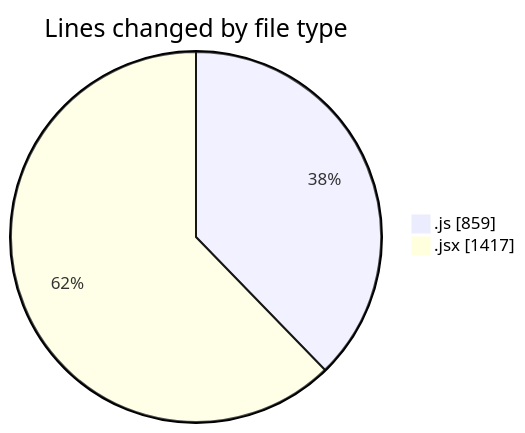
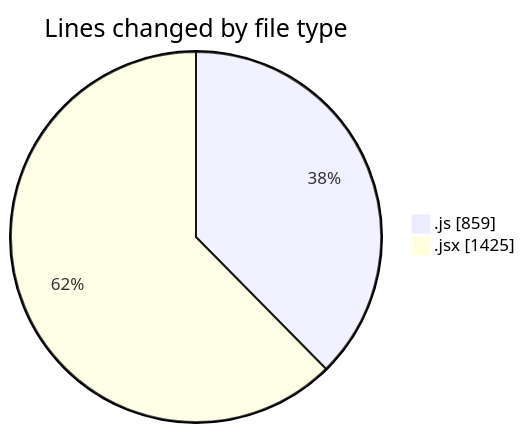
Before and after one commit to nxtqubesakshisongat/code-tracking: the first of 2 diagrams in 2025-12-26/nxtqube_webapp/README.md, drawn with Mermaid. The commit also changed other lines of this file and 1 other file, not shown here.

````diff
--- a/2025-12-26/nxtqube_webapp/README.md
+++ b/2025-12-26/nxtqube_webapp/README.md
@@ -24,6 +24,6 @@
 ```mermaid
 pie showData
 title Lines changed by file type
 ".js" : 859
-".jsx" : 1417
+".jsx" : 1425
 ```
````
